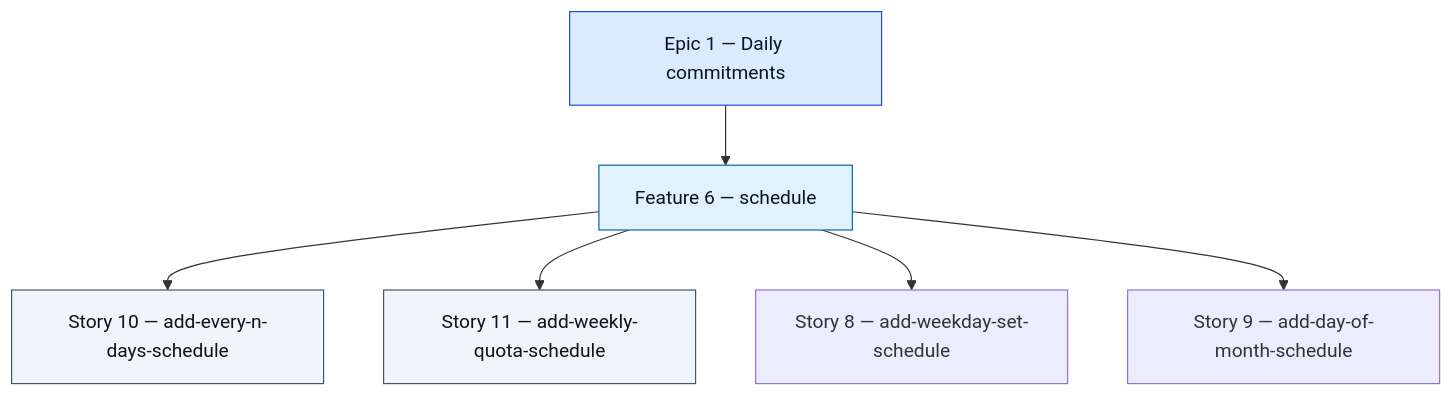
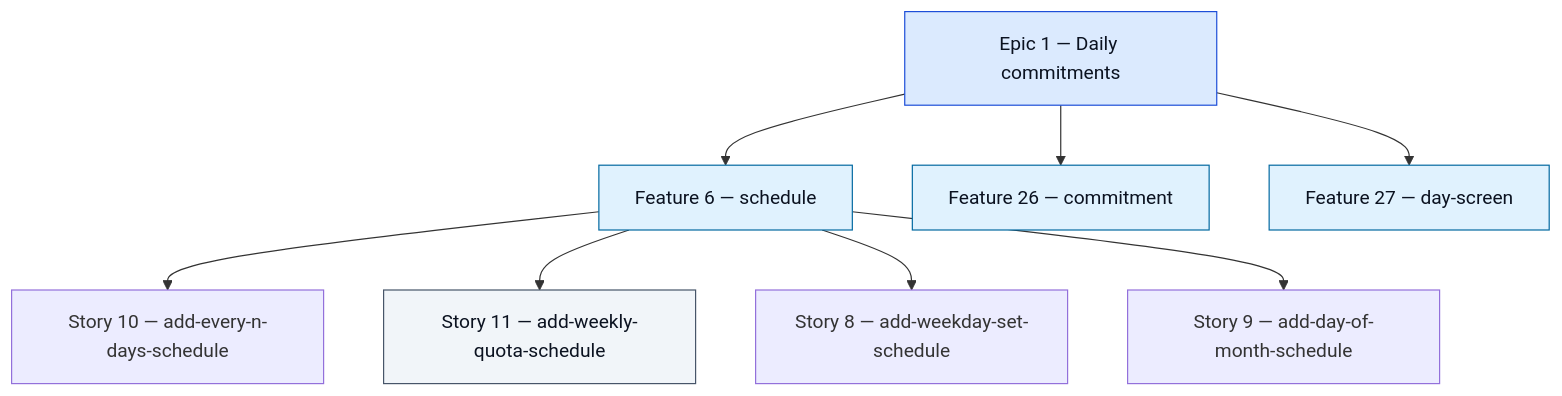
One commit to dbugmann-labs/daybyday changed the diagram in docs/graph.mmd. Above: the diagram before and after it, drawn with Mermaid.

Commit message:
chore: regenerate the issue graph (#33)

```diff
--- a/docs/graph.mmd
+++ b/docs/graph.mmd
@@ -1,33 +1,39 @@
 %% GENERATED FILE — do not edit. Run `pnpm run graph` to refresh.
 %% A read-only projection of the Epic → Feature → Story hierarchy in GitHub Issues.
 %% GitHub owns this state; this file only shows it (docs/adr/0002-systems-of-record.md).
 %% Green border: closed. Amber border: every child is closed, so this one is ready to close.
 %% Dashed red border: typed but no parent — a broken tracker edge.
 
 flowchart TD
   classDef epic fill:#dbeafe,stroke:#1d4ed8,color:#0b1220
   classDef feature fill:#e0f2fe,stroke:#0369a1,color:#0b1220
   classDef story fill:#f1f5f9,stroke:#475569,color:#0b1220
   classDef done stroke:#15803d,stroke-width:2px
   classDef settled stroke:#b45309,stroke-width:2px
   classDef orphan stroke:#b91c1c,stroke-width:3px,stroke-dasharray:4 3
 
   I1["Epic 1 — Daily commitments"]
   I6["Feature 6 — schedule"]
   I8["Story 8 — add-weekday-set-schedule"]
   I9["Story 9 — add-day-of-month-schedule"]
   I10["Story 10 — add-every-n-days-schedule"]
   I11["Story 11 — add-weekly-quota-schedule"]
+  I26["Feature 26 — commitment"]
+  I27["Feature 27 — day-screen"]
 
+  I1 --> I26
+  I1 --> I27
   I1 --> I6
   I6 --> I10
   I6 --> I11
   I6 --> I8
   I6 --> I9
 
   class I1 epic
   class I6 feature
   class I8 story,done
   class I9 story,done
-  class I10 story
+  class I10 story,done
   class I11 story
+  class I26 feature
+  class I27 feature
```
